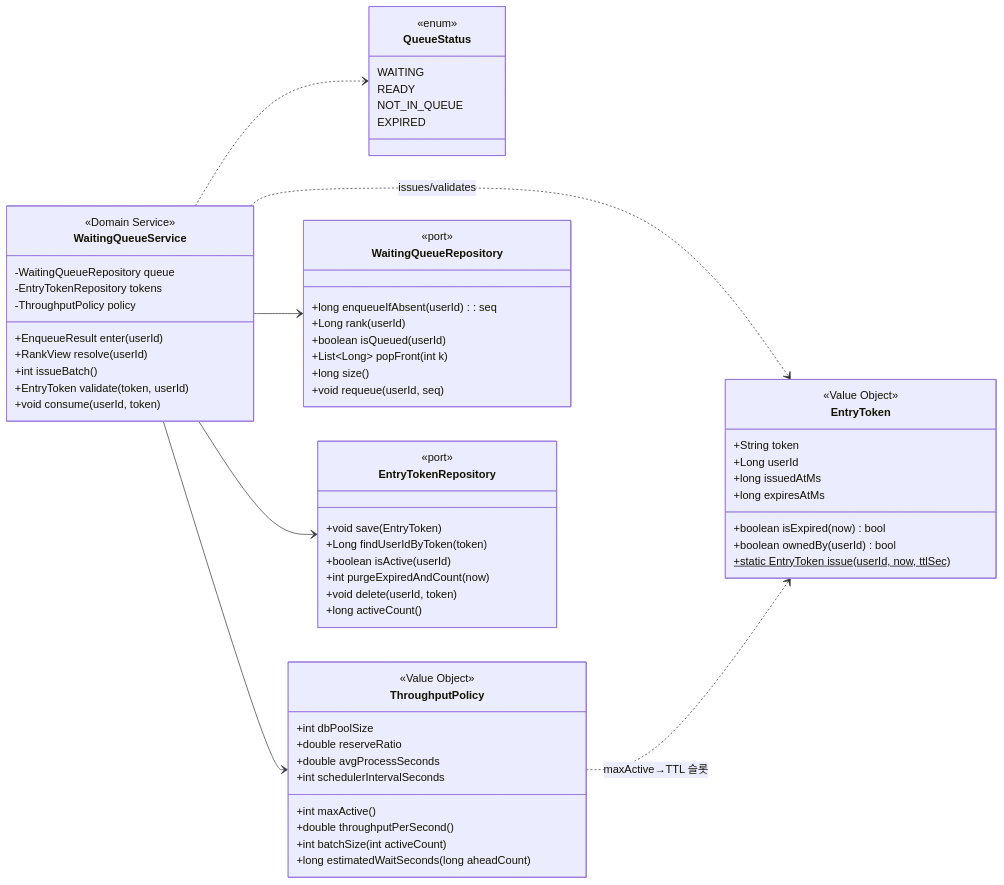
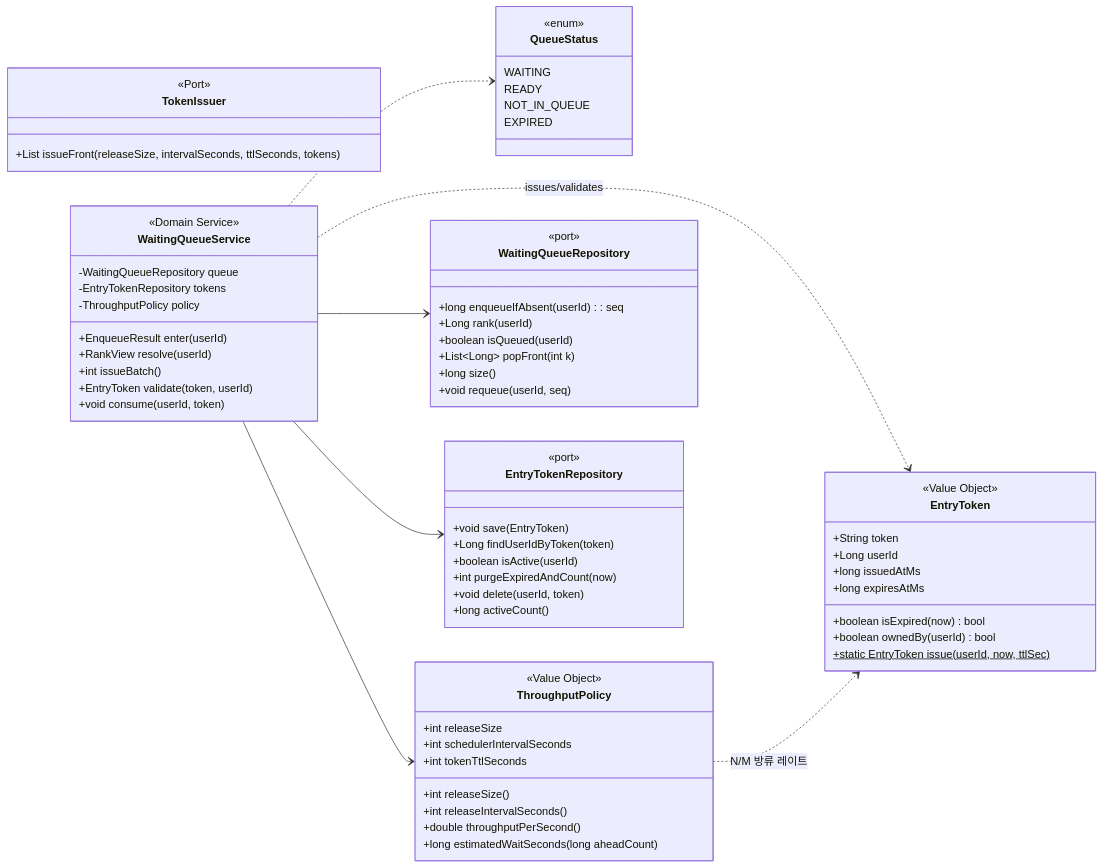
One commit to gamewithfriend/loop-pack-be-l2-vol4-java changed the first of 3 diagrams in docs/week8/03-class-diagram.md. Above: the diagram before and after it, drawn with Mermaid. The commit also changed other lines of this file and 17 other files, not shown here.

````diff
--- a/docs/week8/03-class-diagram.md
+++ b/docs/week8/03-class-diagram.md
@@ -40,74 +42,77 @@
 ```mermaid
 classDiagram
     direction LR
 
     class QueueStatus {
         <<enum>>
         WAITING
         READY
         NOT_IN_QUEUE
         EXPIRED
     }
 
     class EntryToken {
         <<Value Object>>
         +String token
         +Long userId
         +long issuedAtMs
         +long expiresAtMs
         +boolean isExpired(now) bool
         +boolean ownedBy(userId) bool
         +static EntryToken issue(userId, now, ttlSec)$
     }
 
     class ThroughputPolicy {
         <<Value Object>>
-        +int dbPoolSize
-        +double reserveRatio
-        +double avgProcessSeconds
+        +int releaseSize
         +int schedulerIntervalSeconds
-        +int maxActive()
+        +int tokenTtlSeconds
+        +int releaseSize()
+        +int releaseIntervalSeconds()
         +double throughputPerSecond()
-        +int batchSize(int activeCount)
         +long estimatedWaitSeconds(long aheadCount)
+    }
+    class TokenIssuer {
+        <<Port>>
+        +List issueFront(releaseSize, intervalSeconds, ttlSeconds, tokens)
     }
 
     class WaitingQueueService {
         <<Domain Service>>
         -WaitingQueueRepository queue
         -EntryTokenRepository tokens
         -ThroughputPolicy policy
         +EnqueueResult enter(userId)
         +RankView resolve(userId)
         +int issueBatch()
         +EntryToken validate(token, userId)
         +void consume(userId, token)
     }
 
     class WaitingQueueRepository {
         <<port>>
         +long enqueueIfAbsent(userId) : seq
         +Long rank(userId)
         +boolean isQueued(userId)
         +List~Long~ popFront(int k)
         +long size()
         +void requeue(userId, seq)
     }
 
     class EntryTokenRepository {
         <<port>>
         +void save(EntryToken)
         +Long findUserIdByToken(token)
         +boolean isActive(userId)
         +int purgeExpiredAndCount(now)
         +void delete(userId, token)
         +long activeCount()
     }
 
     WaitingQueueService --> WaitingQueueRepository
     WaitingQueueService --> EntryTokenRepository
     WaitingQueueService --> ThroughputPolicy
     WaitingQueueService ..> EntryToken : issues/validates
     WaitingQueueService ..> QueueStatus
-    ThroughputPolicy ..> EntryToken : maxActive→TTL 슬롯
+    ThroughputPolicy ..> EntryToken : N/M 방류 레이트
 ```
````
